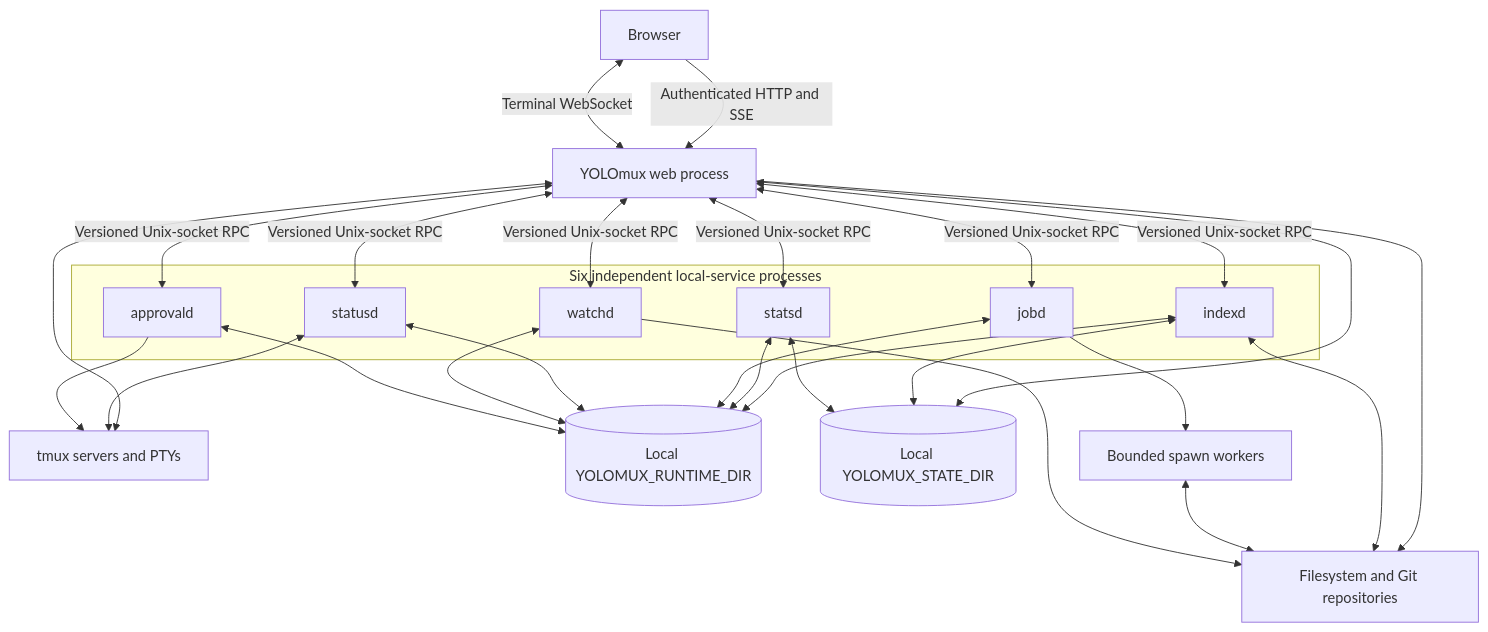
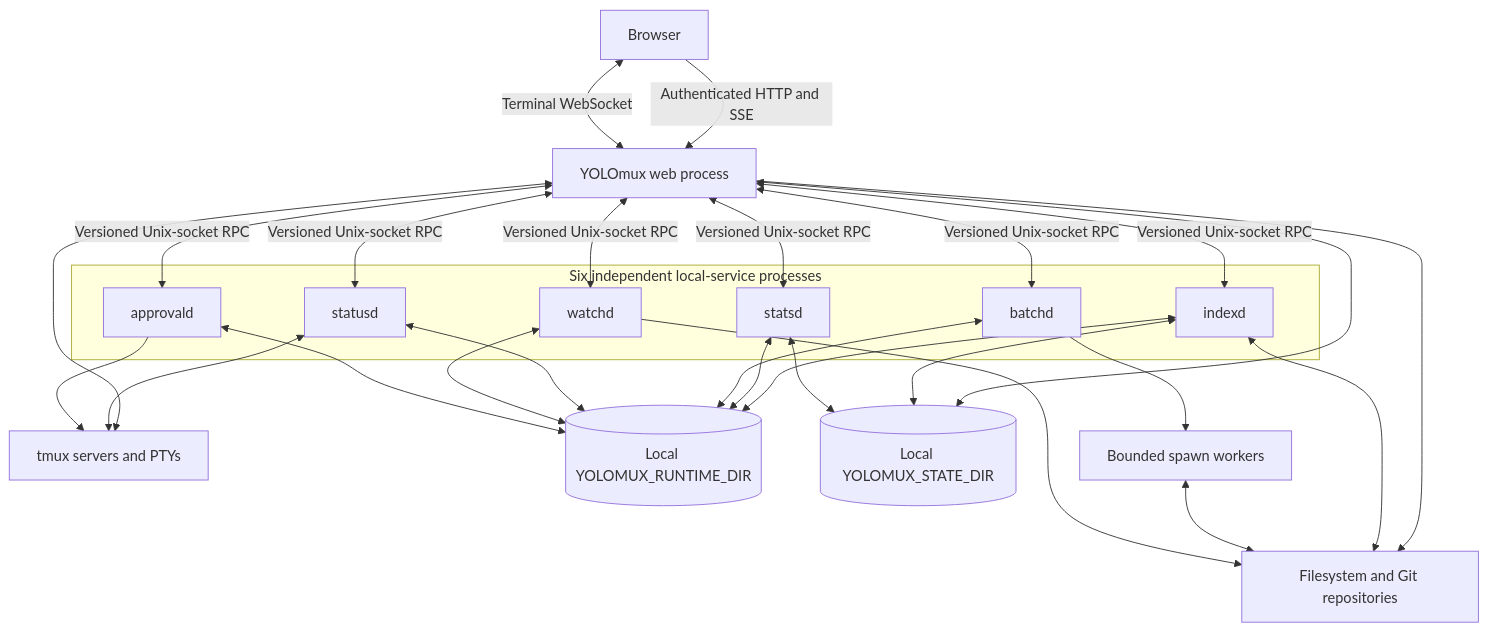
The first of 2 diagrams in docs/specs/BACKEND_ARCHITECTURE.md (keivenchang/yolomux), drawn with Mermaid before and after one commit. The commit also changed other lines of this file and 19 other files, not shown here.

````diff
--- a/docs/specs/BACKEND_ARCHITECTURE.md
+++ b/docs/specs/BACKEND_ARCHITECTURE.md
@@ -7,45 +7,45 @@
 ```mermaid
 flowchart TB
     browser[Browser]
     web[YOLOmux web process]
     tmux[tmux servers and PTYs]
     filesystem[Filesystem and Git repositories]
     runtime[(Local YOLOMUX_RUNTIME_DIR)]
     state[(Local YOLOMUX_STATE_DIR)]
 
     browser -->|Authenticated HTTP and SSE| web
     browser <-->|Terminal WebSocket| web
     web <--> tmux
     web --> filesystem
     web <--> state
 
     subgraph services[Six independent local-service processes]
         indexd[indexd]
         statsd[statsd]
-        jobd[jobd]
+        batchd[batchd]
         statusd[statusd]
         watchd[watchd]
         approvald[approvald]
     end
 
     web <-->|Versioned Unix-socket RPC| indexd
     web <-->|Versioned Unix-socket RPC| statsd
-    web <-->|Versioned Unix-socket RPC| jobd
+    web <-->|Versioned Unix-socket RPC| batchd
     web <-->|Versioned Unix-socket RPC| statusd
     web <-->|Versioned Unix-socket RPC| watchd
     web <-->|Versioned Unix-socket RPC| approvald
     indexd <--> filesystem
-    jobd --> workers[Bounded spawn workers]
+    batchd --> workers[Bounded spawn workers]
     workers <--> filesystem
     statusd <--> tmux
     watchd --> filesystem
     approvald --> tmux
     indexd <--> runtime
     statsd <--> runtime
-    jobd <--> runtime
+    batchd <--> runtime
     statusd <--> runtime
     watchd <--> runtime
     approvald <--> runtime
     indexd <--> state
     statsd <--> state
 ```
````
